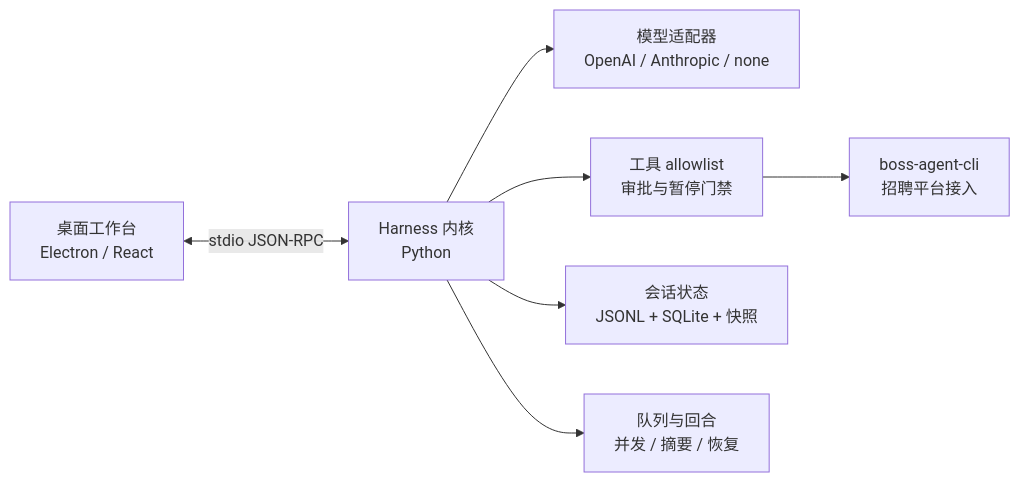
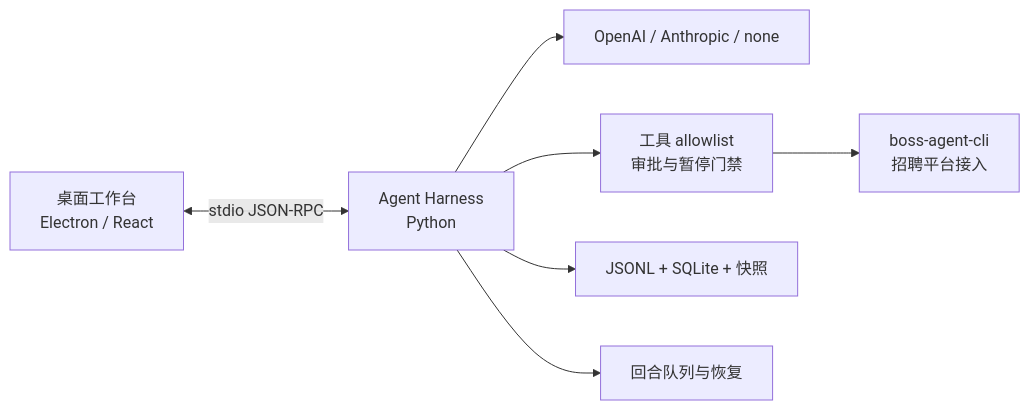
Before and after one commit to can4hou6joeng4/boss-cli: the diagram in README.md, drawn with Mermaid. The commit also changed other lines of this file and 2 other files, not shown here.

````diff
--- a/README.md
+++ b/README.md
@@ -50,9 +73,9 @@
 ```mermaid
 flowchart LR
-    U[桌面工作台<br/>Electron / React] <-->|stdio JSON-RPC| H[Harness 内核<br/>Python]
-    H --> M[模型适配器<br/>OpenAI / Anthropic / none]
-    H --> T[工具 allowlist<br/>审批与暂停门禁]
-    T --> B[boss-agent-cli<br/>招聘平台接入]
-    H --> S[会话状态<br/>JSONL + SQLite + 快照]
-    H --> Q[队列与回合<br/>并发 / 摘要 / 恢复]
+    U[桌面工作台<br/>Electron / React] <-->|stdio JSON-RPC| H[Agent Harness<br/>Python]
+    H --> M[OpenAI / Anthropic / none]
+    H --> G[工具 allowlist<br/>审批与暂停门禁]
+    G --> B[boss-agent-cli<br/>招聘平台接入]
+    H --> S[JSONL + SQLite + 快照]
+    H --> Q[回合队列与恢复]
 ```
````
